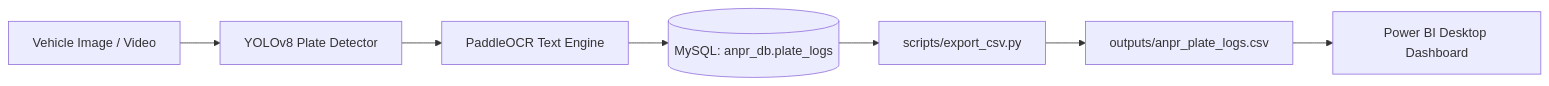
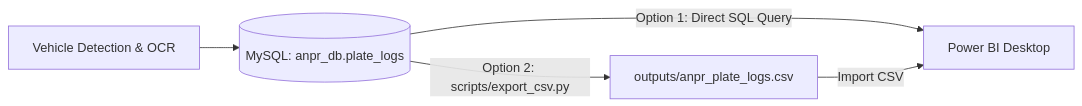
The diagram in POWER_BI_GUIDE.md (Dharani005/Automatic-Number-Plate-Recognition), drawn with Mermaid before and after one commit. The commit also changed other lines of this file and 2 other files, not shown here.

Commit message:
Enhance Power BI guide, SQL query view, and CSV export with vehicle status and gate dimensions

````diff
--- a/POWER_BI_GUIDE.md
+++ b/POWER_BI_GUIDE.md
@@ -9,9 +9,7 @@
 ```mermaid
 graph LR
-    A[Vehicle Image / Video] --> B[YOLOv8 Plate Detector]
-    B --> C[PaddleOCR Text Engine]
-    C --> D[(MySQL: anpr_db.plate_logs)]
-    D --> E[scripts/export_csv.py]
-    E --> F[outputs/anpr_plate_logs.csv]
-    F --> G[Power BI Desktop Dashboard]
+    A[Vehicle Detection & OCR] --> B[(MySQL: anpr_db.plate_logs)]
+    B -->|Option 1: Direct SQL Query| D[Power BI Desktop]
+    B -->|Option 2: scripts/export_csv.py| C[outputs/anpr_plate_logs.csv]
+    C -->|Import CSV| D[Power BI Desktop]
 ```
````
